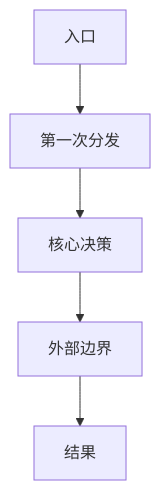
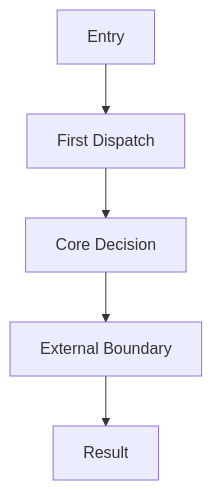
Before and after one commit to LienJack/arch-insight: the diagram in .agents/skills/arch-insight/references/templates/MAIN_FLOW.md, drawn with Mermaid. The commit also changed other lines of this file and 23 other files, not shown here.

````diff
--- a/.agents/skills/arch-insight/references/templates/MAIN_FLOW.md
+++ b/.agents/skills/arch-insight/references/templates/MAIN_FLOW.md
@@ -15,7 +15,7 @@
 ```mermaid
 flowchart TD
-    A[入口] --> B[第一次分发]
-    B --> C[核心决策]
-    C --> D[外部边界]
-    D --> E[结果]
+    A[Entry] --> B[First Dispatch]
+    B --> C[Core Decision]
+    C --> D[External Boundary]
+    D --> E[Result]
 ```
````
